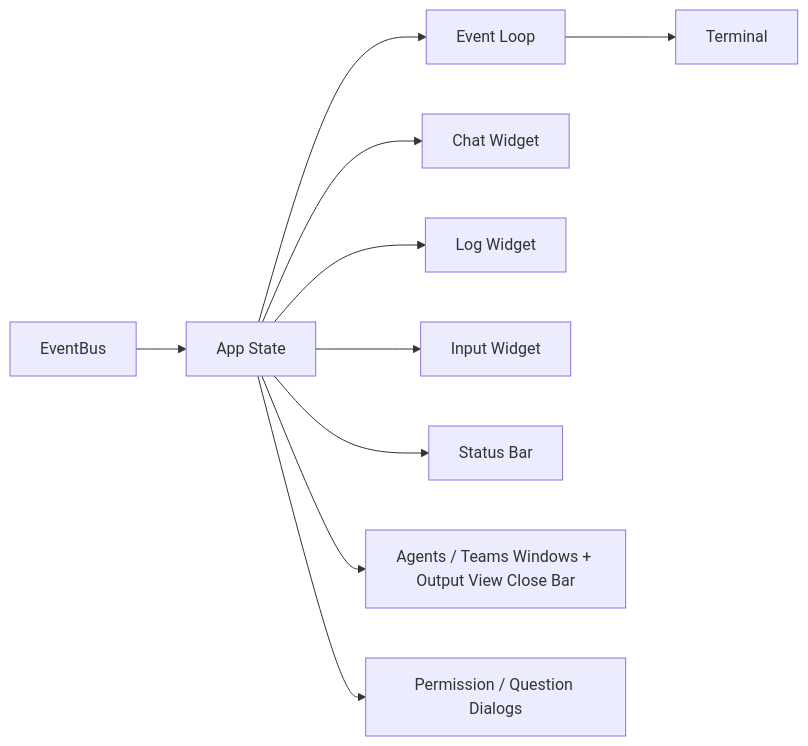
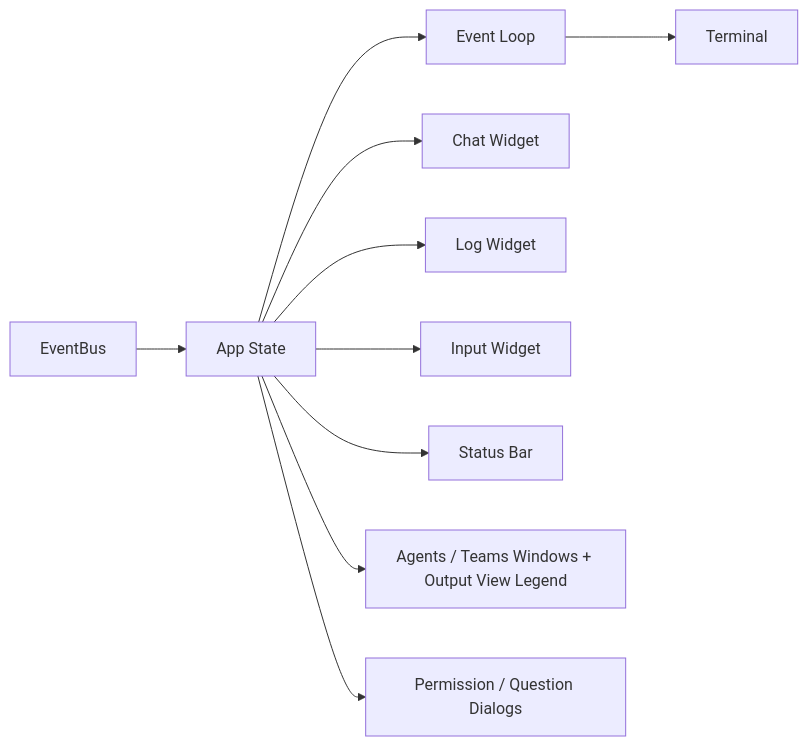
Diagram 17 of 20 in SPEC.md (thawkins/ragent), drawn with Mermaid before and after one commit. The commit also changed other lines of this file and 217 other files, not shown here.

````diff
--- a/SPEC.md
+++ b/SPEC.md
@@ -5115,12 +5131,12 @@
 ```mermaid
 graph LR
     App[App State] --> EventLoop[Event Loop]
     EventLoop --> Terminal[Terminal]
     App --> Chat[Chat Widget]
     App --> Log[Log Widget]
     App --> Input[Input Widget]
     App --> Status[Status Bar]
-    App --> Windows[Agents / Teams Windows + Output View Close Bar]
+    App --> Windows[Agents / Teams Windows + Output View Legend]
     App --> Dialogs[Permission / Question Dialogs]
     EventBus --> App
 ```
````
